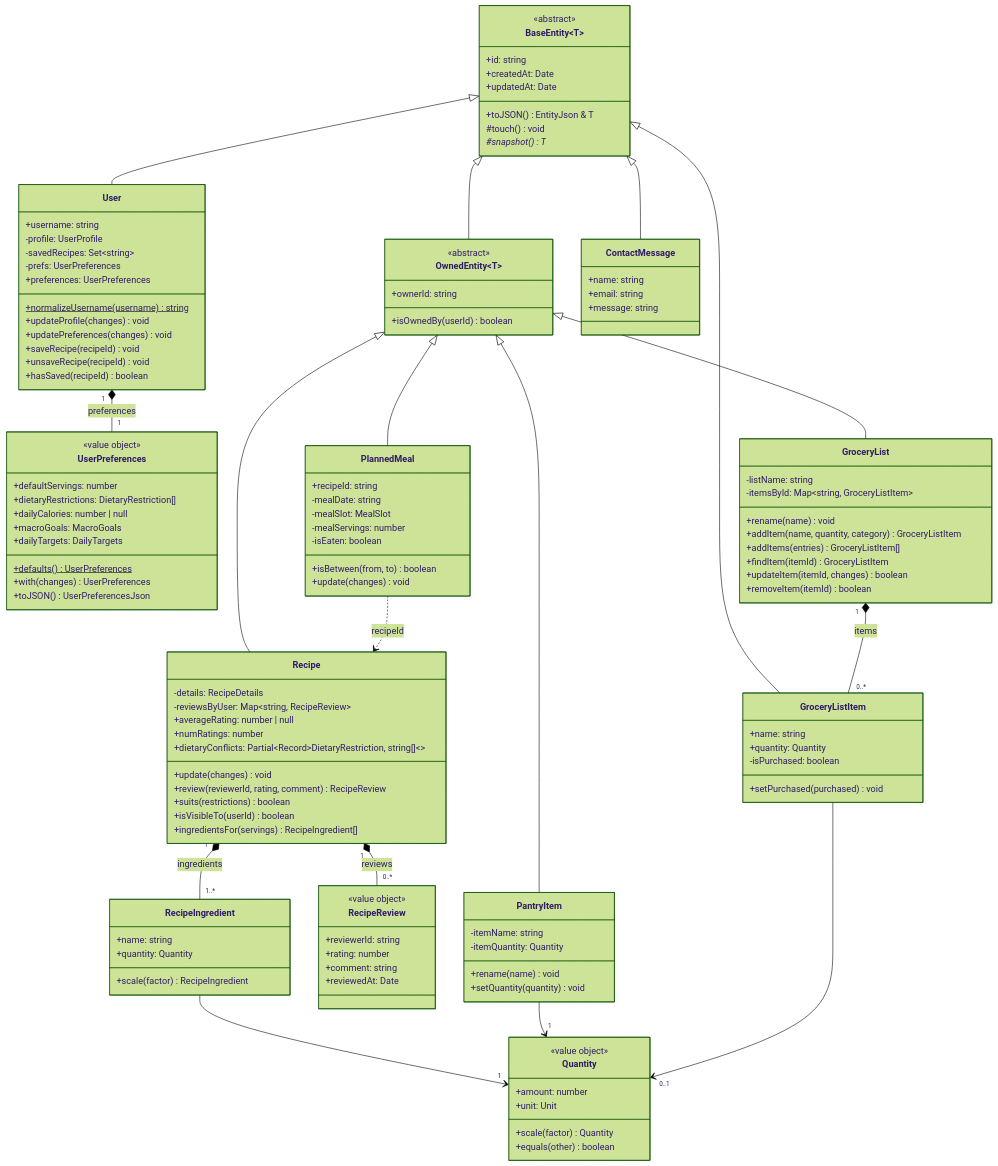
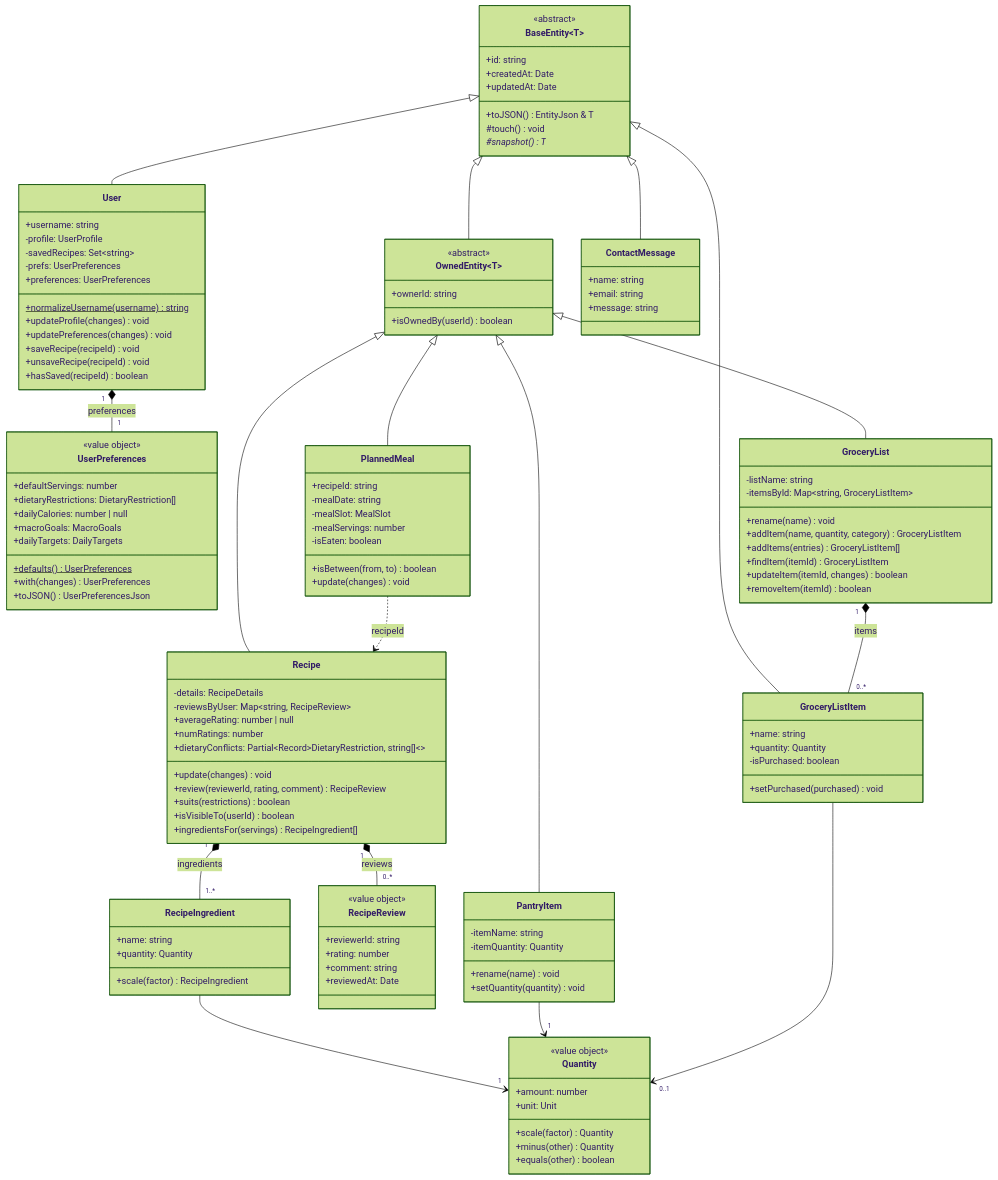
The second of 2 diagrams in docs/DESIGN.md (max1dyer/PlateUp), drawn with Mermaid (forest theme) before and after one commit. The commit also changed 2 other files, not shown here.

```diff
--- a/docs/DESIGN.md
+++ b/docs/DESIGN.md
@@ -226,6 +226,7 @@
     +amount: number
     +unit: Unit
     +scale(factor) Quantity
+    +minus(other) Quantity
     +equals(other) boolean
   }
 
```
